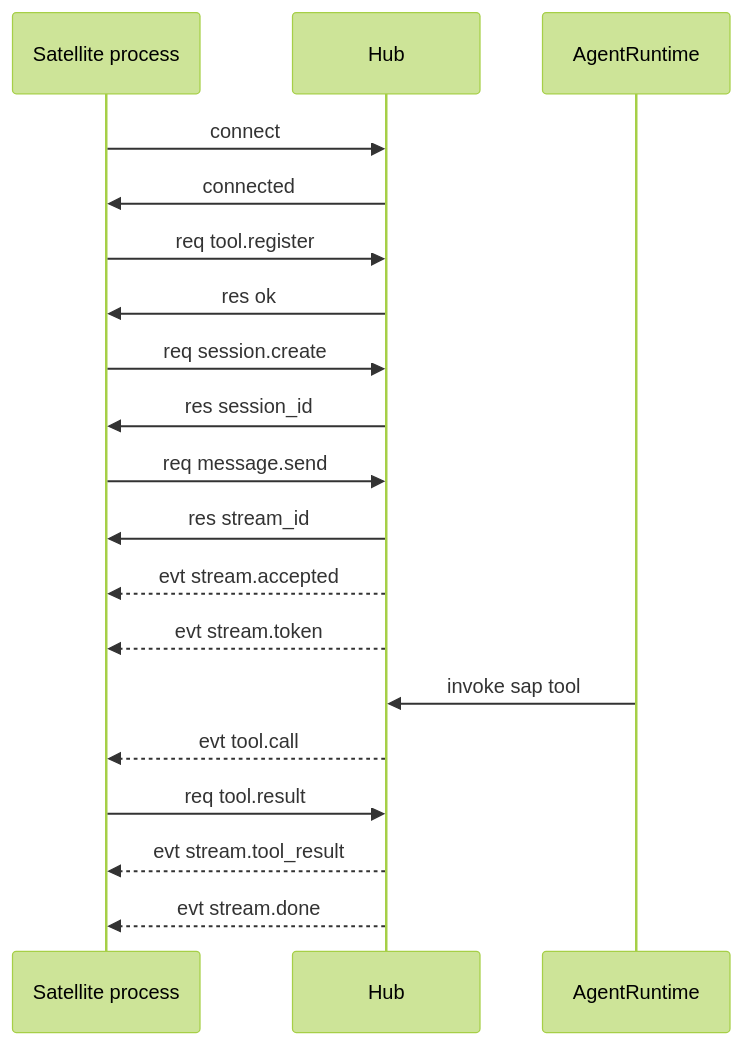
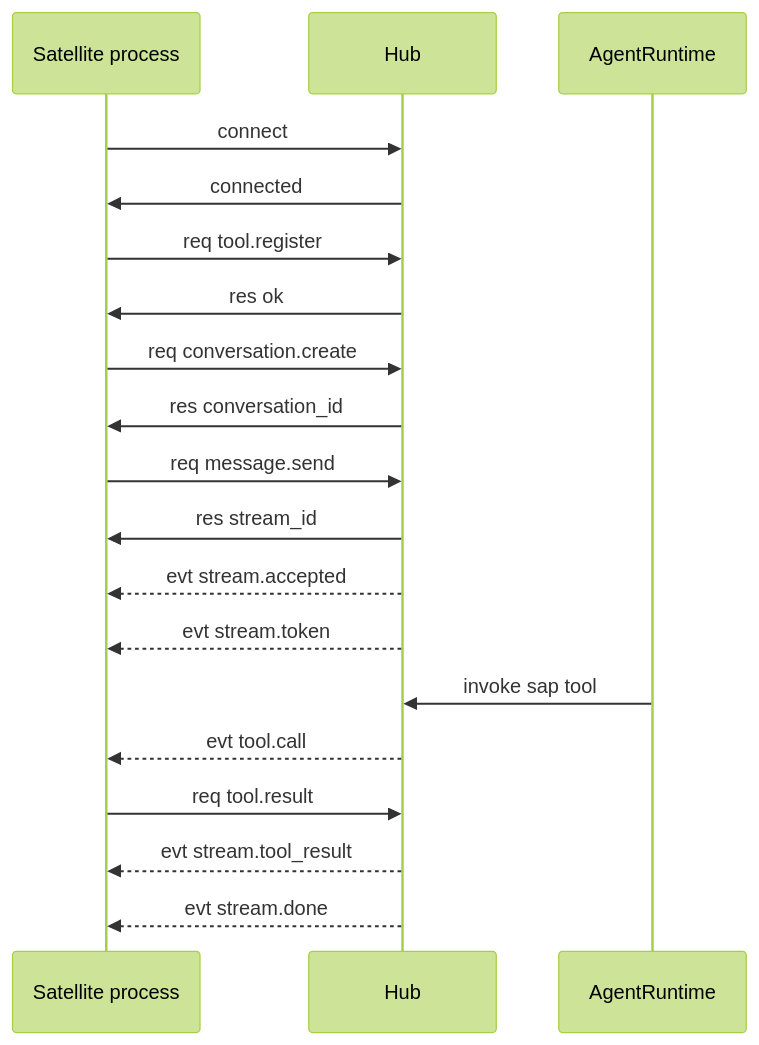
The second of 2 diagrams in docs/sap/overview.md (freeanima-org/freeanima), drawn with Mermaid (forest theme) before and after one commit. The commit also changed other lines of this file and 533 other files, not shown here.

First line of the commit message:
refactor(core): Session 领域统一重命名为 Conversation

````diff
--- a/docs/sap/overview.md
+++ b/docs/sap/overview.md
@@ -50,22 +50,22 @@
 ```mermaid
 sequenceDiagram
   participant Sat as Satellite process
   participant Hub as Hub
   participant Agent as AgentRuntime
 
   Sat->>Hub: connect
   Hub->>Sat: connected
   Sat->>Hub: req tool.register
   Hub->>Sat: res ok
-  Sat->>Hub: req session.create
-  Hub->>Sat: res session_id
+  Sat->>Hub: req conversation.create
+  Hub->>Sat: res conversation_id
   Sat->>Hub: req message.send
   Hub->>Sat: res stream_id
   Hub-->>Sat: evt stream.accepted
   Hub-->>Sat: evt stream.token
   Agent->>Hub: invoke sap tool
   Hub-->>Sat: evt tool.call
   Sat->>Hub: req tool.result
   Hub-->>Sat: evt stream.tool_result
   Hub-->>Sat: evt stream.done
 ```
````
